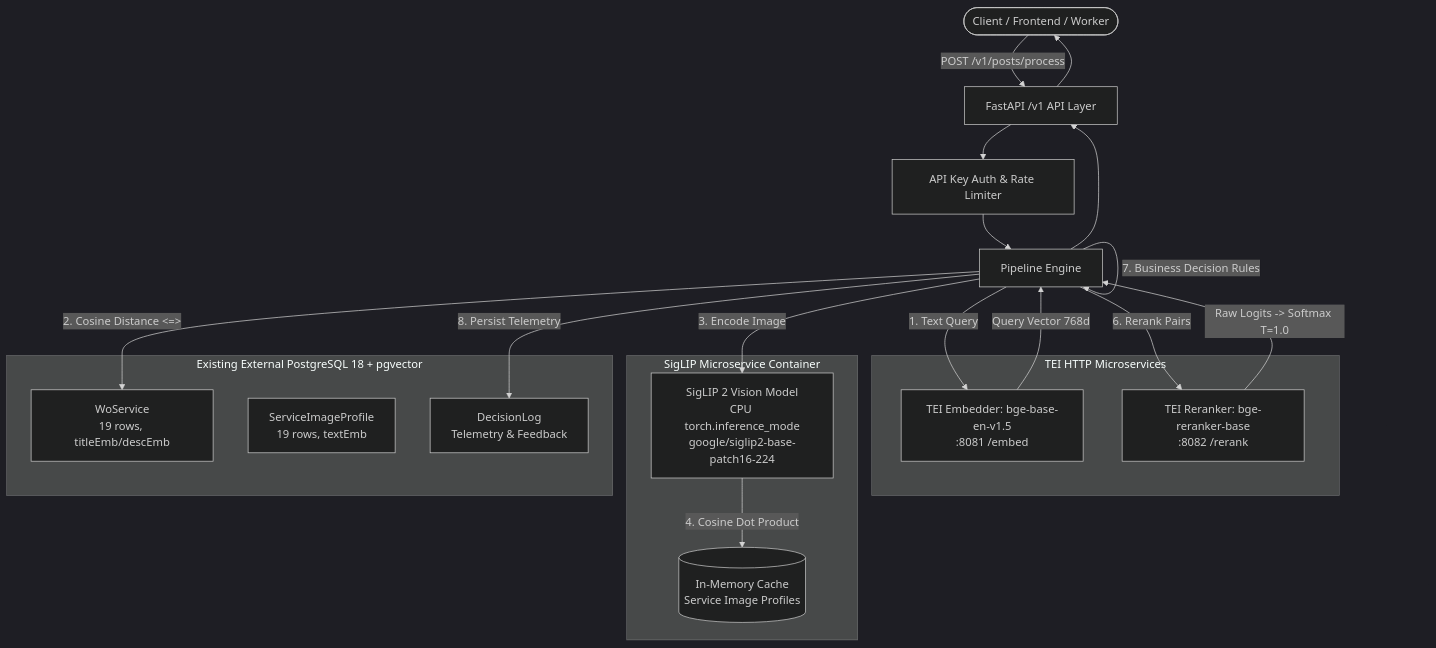
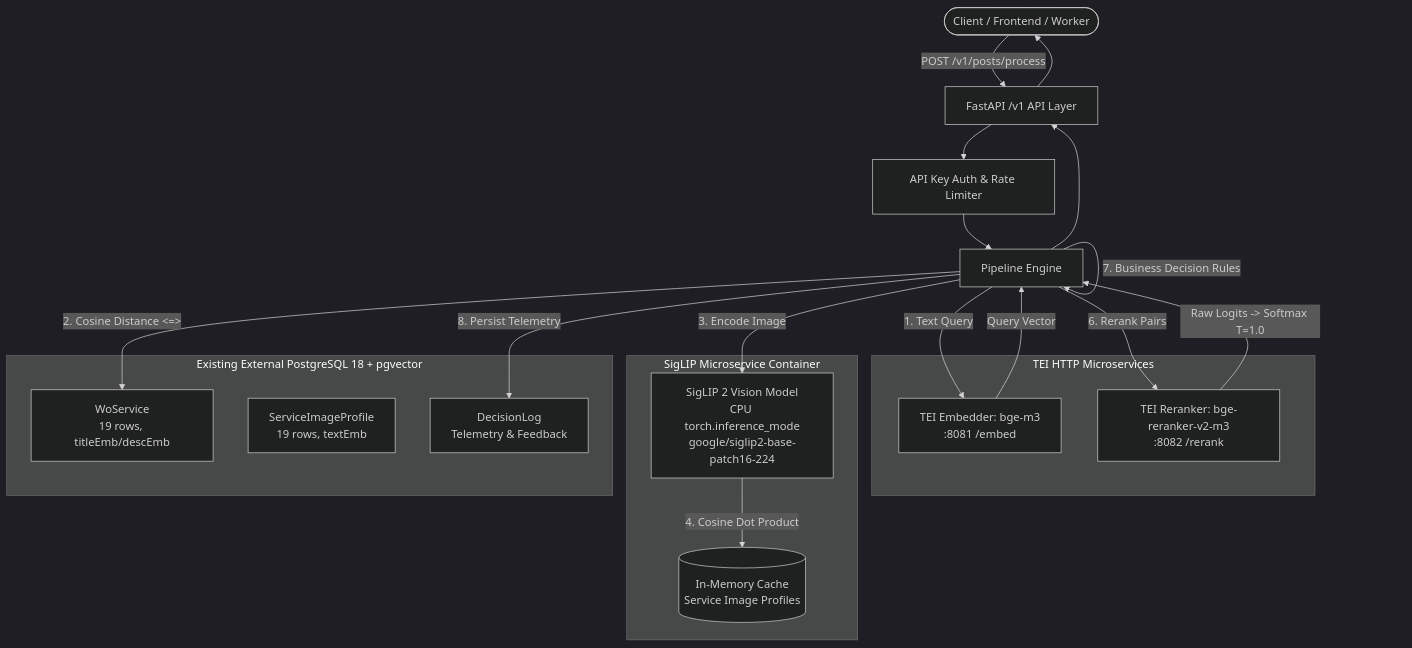
One commit to Amaanuddin05/photoToWorkOrder changed the first of 2 diagrams in docs/DESIGN.md. Above: the diagram before and after it, drawn with Mermaid (dark theme). The commit also changed other lines of this file and 20 other files, not shown here.

````diff
--- a/docs/DESIGN.md
+++ b/docs/DESIGN.md
@@ -27,35 +27,35 @@
 ```mermaid
 flowchart TD
     Client([Client / Frontend / Worker]) -->|POST /v1/posts/process| API[FastAPI /v1 API Layer]
     API --> Auth[API Key Auth & Rate Limiter]
     Auth --> Pipeline[Pipeline Engine]
 
     subgraph External TEI Services [TEI HTTP Microservices]
-        TEI_E[TEI Embedder: bge-base-en-v1.5<br>:8081 /embed]
-        TEI_R[TEI Reranker: bge-reranker-base<br>:8082 /rerank]
+        TEI_E[TEI Embedder: bge-m3<br>:8081 /embed]
+        TEI_R[TEI Reranker: bge-reranker-v2-m3<br>:8082 /rerank]
     end
 
     subgraph Local In-Process [SigLIP Microservice Container]
         SigLIP_M[SigLIP 2 Vision Model<br>CPU torch.inference_mode<br>google/siglip2-base-patch16-224]
         MemCache[(In-Memory Cache<br>Service Image Profiles)]
     end
 
     subgraph Database [Existing External PostgreSQL 18 + pgvector]
         T_S[WoService<br>19 rows, titleEmb/descEmb]
         T_IP[ServiceImageProfile<br>19 rows, textEmb]
         T_DL[DecisionLog<br>Telemetry & Feedback]
     end
 
     Pipeline -->|1. Text Query| TEI_E
-    TEI_E -->|Query Vector 768d| Pipeline
+    TEI_E -->|Query Vector| Pipeline
     Pipeline -->|2. Cosine Distance <=>| T_S
     Pipeline -->|3. Encode Image| SigLIP_M
     SigLIP_M -->|4. Cosine Dot Product| MemCache
     Pipeline -->|5. Merge Pool <= 10| Pipeline
     Pipeline -->|6. Rerank Pairs| TEI_R
     TEI_R -->|Raw Logits -> Softmax T=1.0| Pipeline
     Pipeline -->|7. Business Decision Rules| Pipeline
     Pipeline -->|8. Persist Telemetry| T_DL
     Pipeline --> API
     API --> Client
 ```
````
